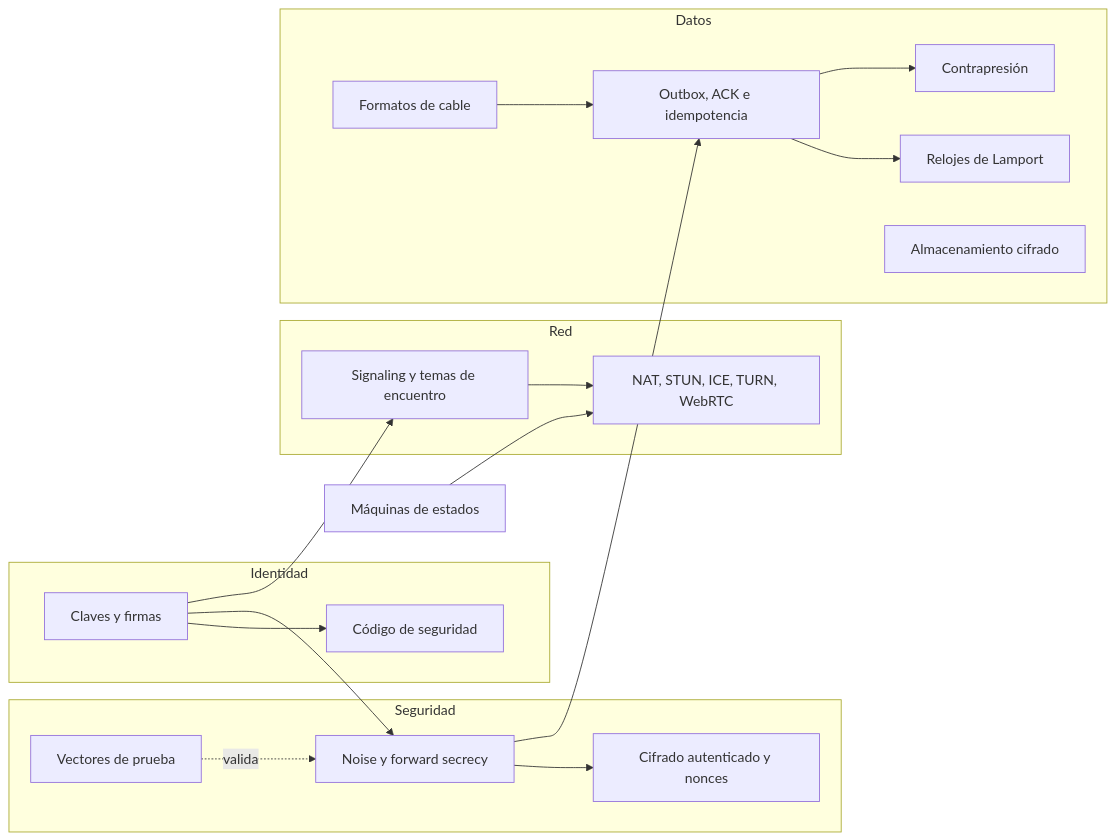
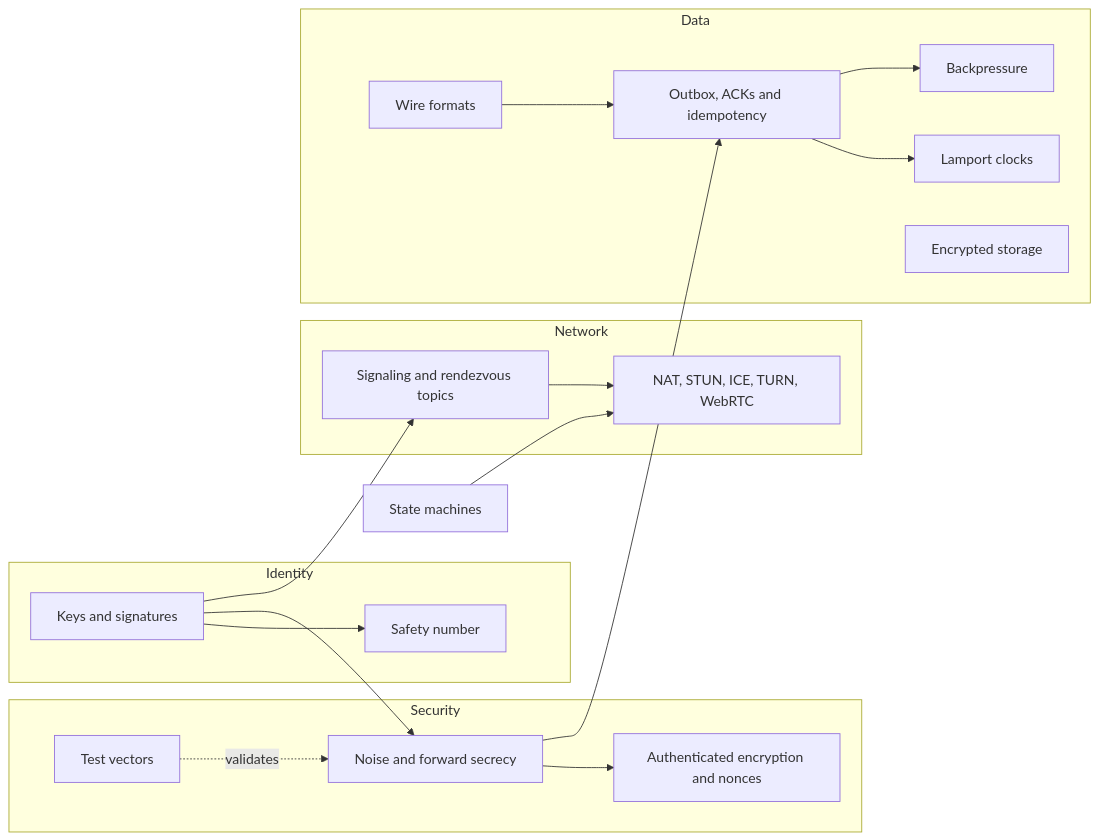
The diagram in website/concepts/index.md (fsoftt/Murmur), drawn with Mermaid before and after one commit. The commit also changed other lines of this file and 51 other files, not shown here.

````diff
--- a/website/concepts/index.md
+++ b/website/concepts/index.md
@@ -6,24 +6,24 @@
 ```mermaid
 flowchart LR
-    subgraph Identidad
-      K[Claves y firmas] --> SN[Código de seguridad]
+    subgraph Identity
+      K[Keys and signatures] --> SN[Safety number]
     end
-    subgraph Seguridad
-      K --> N[Noise y forward secrecy]
-      N --> AE[Cifrado autenticado y nonces]
-      TV[Vectores de prueba] -.valida.-> N
+    subgraph Security
+      K --> N[Noise and forward secrecy]
+      N --> AE[Authenticated encryption and nonces]
+      TV[Test vectors] -.validates.-> N
     end
-    subgraph Red
-      R[Signaling y temas de encuentro] --> NAT[NAT, STUN, ICE, TURN, WebRTC]
+    subgraph Network
+      R[Signaling and rendezvous topics] --> NAT[NAT, STUN, ICE, TURN, WebRTC]
       K --> R
     end
-    subgraph Datos
-      WF[Formatos de cable]
-      O[Outbox, ACK e idempotencia] --> L[Relojes de Lamport]
-      O --> BP[Contrapresión]
-      ES[Almacenamiento cifrado]
+    subgraph Data
+      WF[Wire formats]
+      O[Outbox, ACKs and idempotency] --> L[Lamport clocks]
+      O --> BP[Backpressure]
+      ES[Encrypted storage]
     end
-    SM[Máquinas de estados] --> NAT
+    SM[State machines] --> NAT
     N --> O
     WF --> O
 ```
````
